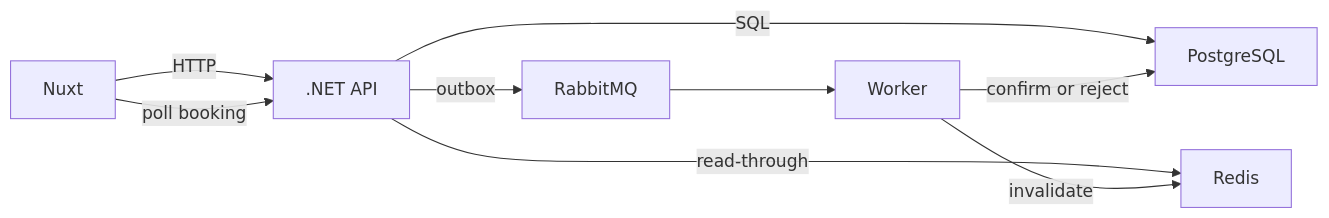
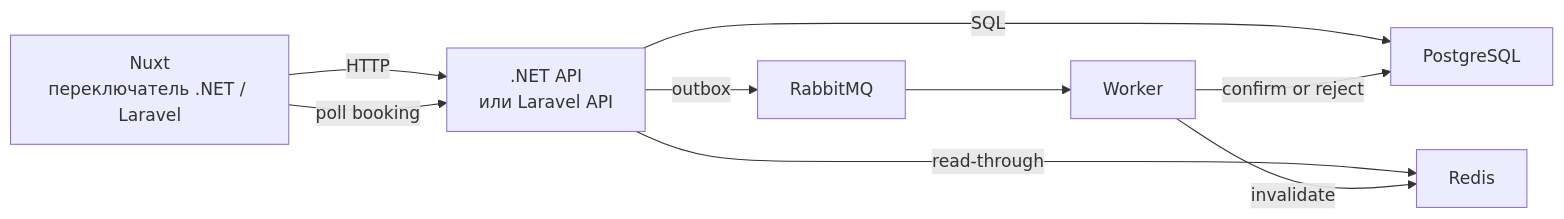
One commit to evgenest/HotelPulse changed the diagram in README.ru.md. Above: the diagram before and after it, drawn with Mermaid. The commit also changed other lines of this file and 15 other files, not shown here.

````diff
--- a/README.ru.md
+++ b/README.ru.md
@@ -17,11 +17,11 @@
 ```mermaid
 flowchart LR
-  web["Nuxt"] -->|HTTP| api[".NET API"]
+  web["Nuxt<br/>переключатель .NET / Laravel"] -->|HTTP| api[".NET API<br/>или Laravel API"]
   api -->|SQL| pg["PostgreSQL"]
   api -->|read-through| redis["Redis"]
   api -->|outbox| mq["RabbitMQ"]
   mq --> worker["Worker"]
   worker -->|confirm or reject| pg
   worker -->|invalidate| redis
   web -->|poll booking| api
 ```
````
